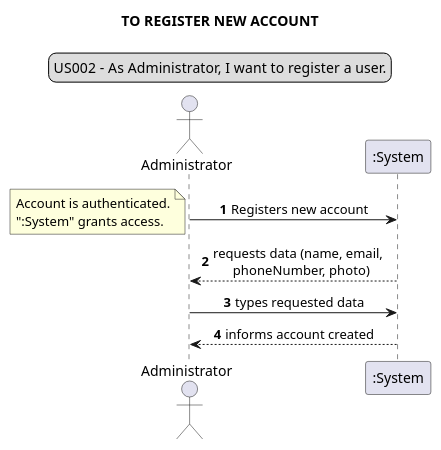
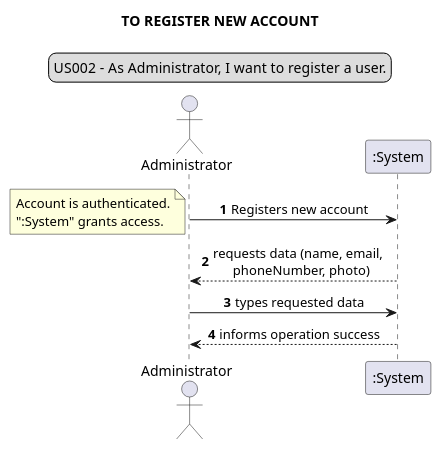
The second of 37 diagrams in docs/requirements_gathering/system_sequence_diagrams/systemSequenceDiagram.puml (Loracline/project_switch_22-23), drawn with PlantUML before and after one commit. The commit also changed other lines of this file and 7 other files, not shown here.

Commit message:
No US number: Design: SSD's | Update System Sequence Diagram and png files according to new version

```diff
--- a/docs/requirements_gathering/system_sequence_diagrams/systemSequenceDiagram.puml
+++ b/docs/requirements_gathering/system_sequence_diagrams/systemSequenceDiagram.puml
@@ -19,17 +19,17 @@
 @startuml
 skinparam sequenceMessageAlign center
 title TO REGISTER NEW ACCOUNT
 legend top
 US002 - As Administrator, I want to register a user.
 end legend
 autonumber
 actor Administrator
 Administrator -> ":System": Registers new account
 note left
 Account is authenticated.
 ":System" grants access.
 end note
 Administrator <-- ":System": requests data (name, email, \n phoneNumber, photo)
 Administrator  -> ":System": types requested data
-":System" --> Administrator: informs account created
+":System" --> Administrator: informs operation success
 @enduml
```
